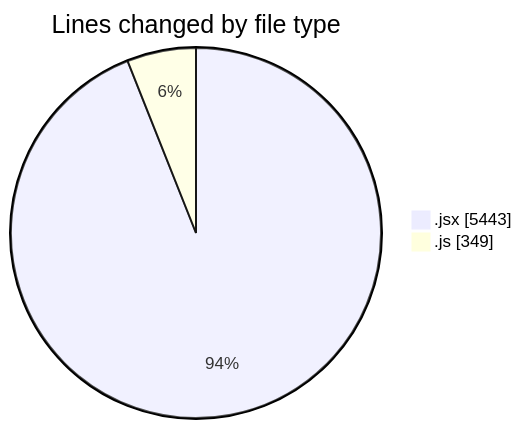
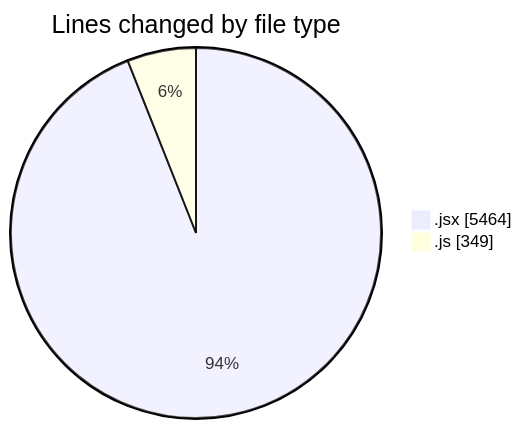
One commit to nxtqubesakshisongat/code-tracking changed the first of 2 diagrams in 2025-12-11/nxtqube_webapp/README.md. Above: the diagram before and after it, drawn with Mermaid. The commit also changed other lines of this file and 1 other file, not shown here.

````diff
--- a/2025-12-11/nxtqube_webapp/README.md
+++ b/2025-12-11/nxtqube_webapp/README.md
@@ -28,6 +28,6 @@
 ```mermaid
 pie showData
 title Lines changed by file type
-".jsx" : 5443
+".jsx" : 5464
 ".js" : 349
 ```
````
